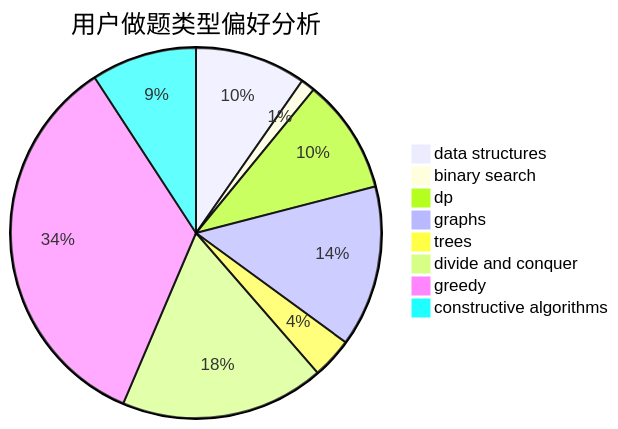
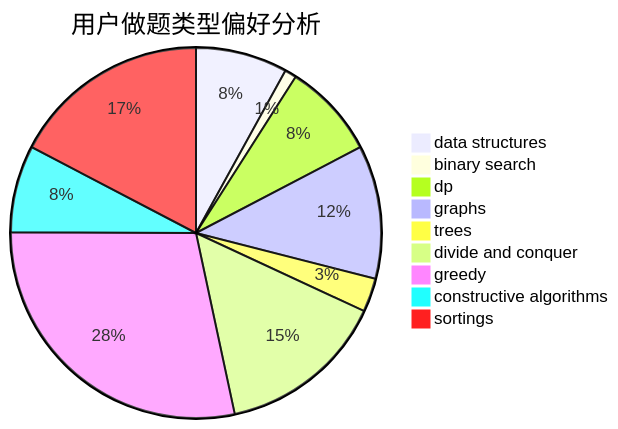
One commit to sherpahu/cfrs.github.io changed the second of 3 diagrams in docs/user/u2028.md. Above: the diagram before and after it, drawn with Mermaid. The commit also changed other lines of this file and 2769 other files, not shown here.

````diff
--- a/docs/user/u2028.md
+++ b/docs/user/u2028.md
@@ -23,11 +18,12 @@
 ```mermaid
 pie title 用户做题类型偏好分析
     "data structures" :  117
     "binary search" :  15
     "dp" :  121
     "graphs" :  170
     "trees" :  43
     "divide and conquer" :  215
     "greedy" :  415
     "constructive algorithms" :  111
+    "sortings" :  253
 ```
````
